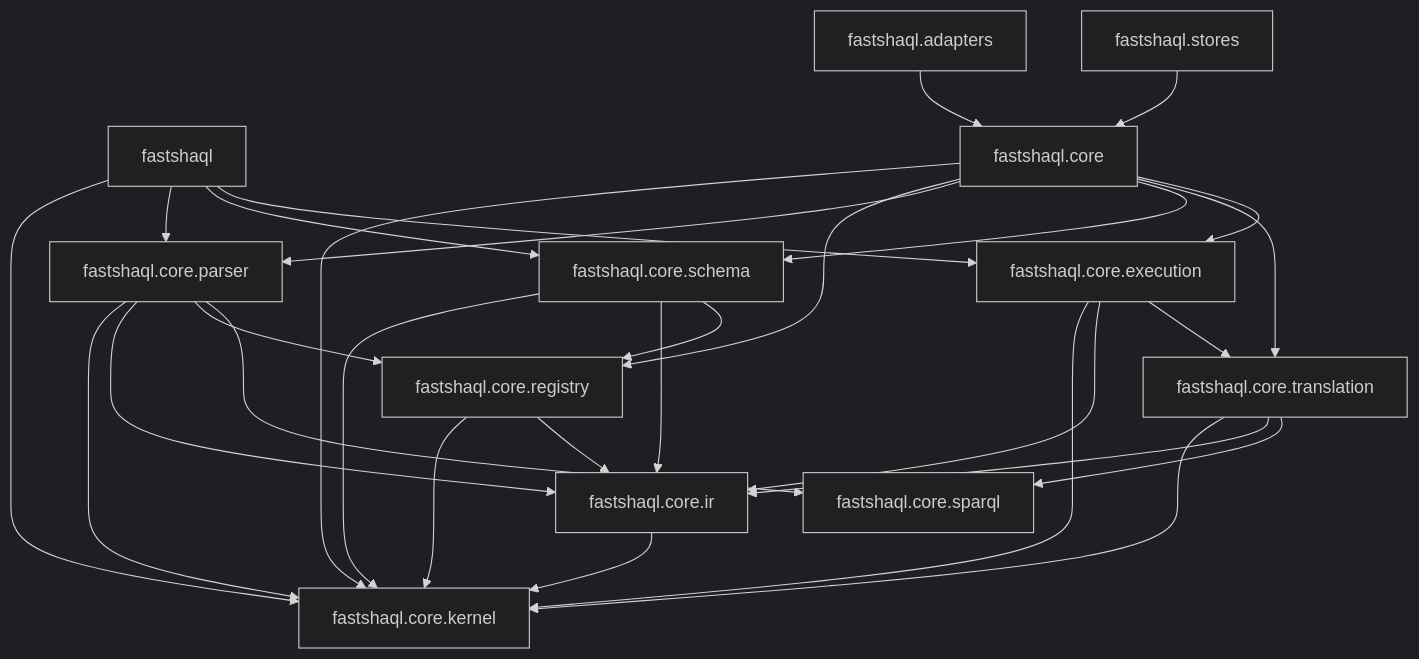
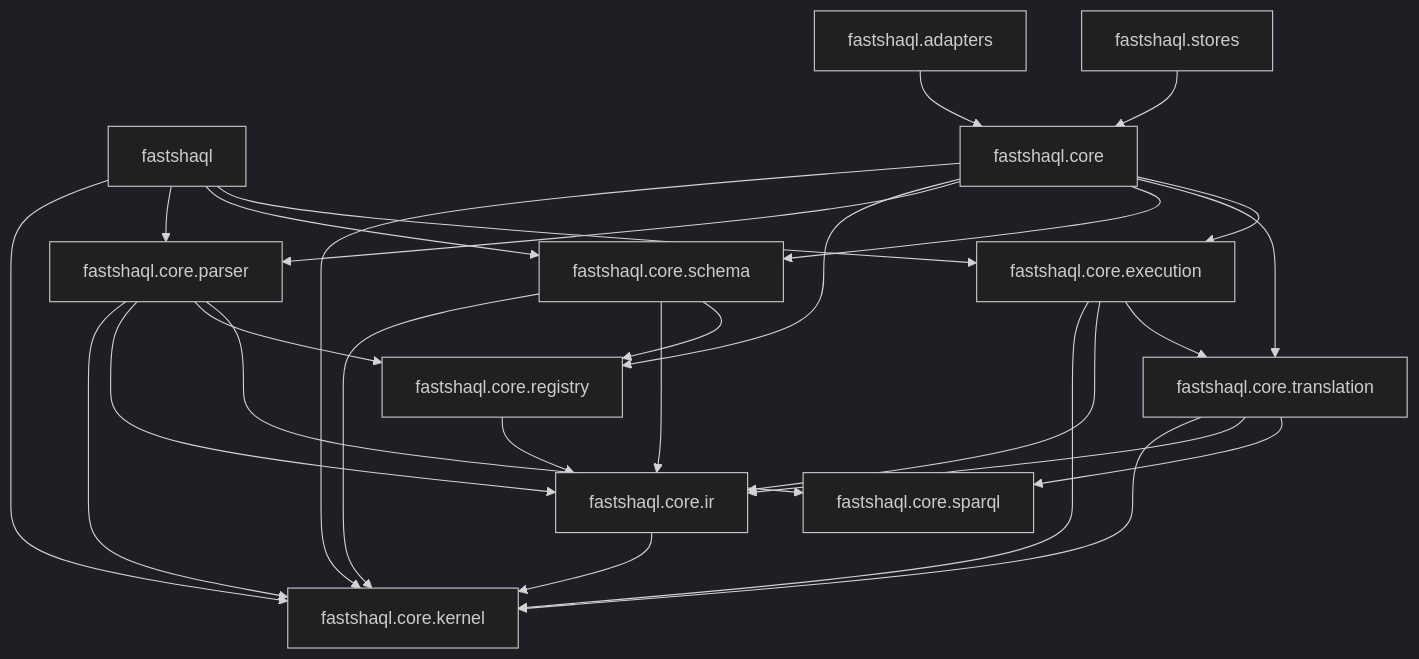
Before and after one commit to robsyc/FastSHAQL: the second of 2 diagrams in docs/ARCHITECTURE.md, drawn with Mermaid (dark theme). The commit also changed other lines of this file and 94 other files, not shown here.

````diff
--- a/docs/ARCHITECTURE.md
+++ b/docs/ARCHITECTURE.md
@@ -61,33 +63,32 @@
 ```mermaid
 graph TD
     fastshaql.core.ir --> fastshaql.core.kernel
-    fastshaql.core.registry --> fastshaql.core.kernel
     fastshaql.core.registry --> fastshaql.core.ir
     fastshaql.core.parser --> fastshaql.core.kernel
     fastshaql.core.parser --> fastshaql.core.ir
     fastshaql.core.parser --> fastshaql.core.registry
     fastshaql.core.parser --> fastshaql.core.sparql
     fastshaql.core.schema --> fastshaql.core.kernel
     fastshaql.core.schema --> fastshaql.core.ir
     fastshaql.core.schema --> fastshaql.core.registry
     fastshaql.core.translation --> fastshaql.core.kernel
     fastshaql.core.translation --> fastshaql.core.ir
     fastshaql.core.translation --> fastshaql.core.sparql
     fastshaql.core.execution --> fastshaql.core.kernel
     fastshaql.core.execution --> fastshaql.core.ir
     fastshaql.core.execution --> fastshaql.core.translation
     fastshaql --> fastshaql.core.kernel
     fastshaql --> fastshaql.core.parser
     fastshaql --> fastshaql.core.schema
     fastshaql --> fastshaql.core.execution
     fastshaql.core --> fastshaql.core.kernel
     fastshaql.core --> fastshaql.core.registry
     fastshaql.core --> fastshaql.core.parser
     fastshaql.core --> fastshaql.core.schema
     fastshaql.core --> fastshaql.core.translation
     fastshaql.core --> fastshaql.core.execution
     fastshaql.adapters --> fastshaql.core
     fastshaql.stores --> fastshaql.core
     fastshaql.core.sparql
     fastshaql.core.kernel
 ```
````
